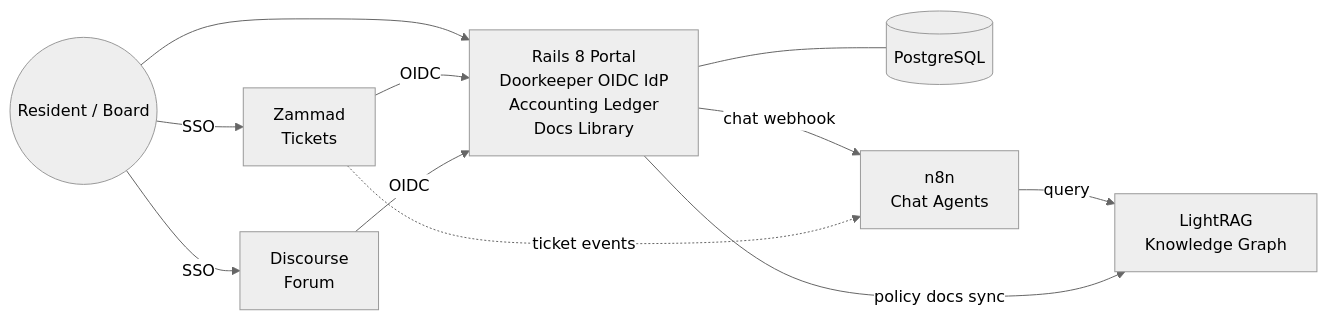
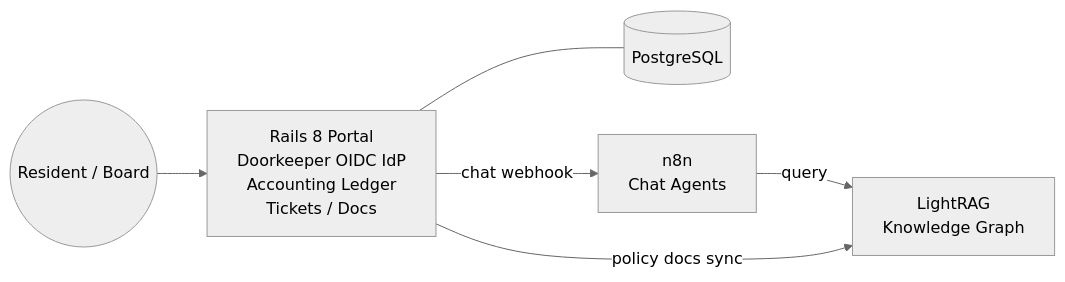
The diagram in .cursor/plans/hoa_portal_platform_f46fcc28.plan.md (MattGLut/Tatl), drawn with Mermaid (neutral theme) before and after one commit. The commit also changed other lines of this file and 11 other files, not shown here.

First line of the commit message:
Add live ticket updates with Turbo Streams and refresh roadmap docs.

````diff
--- a/.cursor/plans/hoa_portal_platform_f46fcc28.plan.md
+++ b/.cursor/plans/hoa_portal_platform_f46fcc28.plan.md
@@ -82,21 +94,14 @@
 ```mermaid
 flowchart LR
     User((Resident / Board))
-    Rails[Rails 8 Portal<br/>Doorkeeper OIDC IdP<br/>Accounting Ledger<br/>Docs Library]
+    Rails[Rails 8 Portal<br/>Doorkeeper OIDC IdP<br/>Accounting Ledger<br/>Tickets / Docs]
     PG[(PostgreSQL)]
-    Zammad[Zammad<br/>Tickets]
-    Discourse[Discourse<br/>Forum]
     N8N[n8n<br/>Chat Agents]
     LightRAG[LightRAG<br/>Knowledge Graph]
 
     User --> Rails
-    User -->|SSO| Zammad
-    User -->|SSO| Discourse
     Rails --- PG
-    Zammad -->|OIDC| Rails
-    Discourse -->|OIDC| Rails
     Rails -->|chat webhook| N8N
     N8N -->|query| LightRAG
     Rails -->|policy docs sync| LightRAG
-    Zammad -.ticket events.-> N8N
 ```
````
